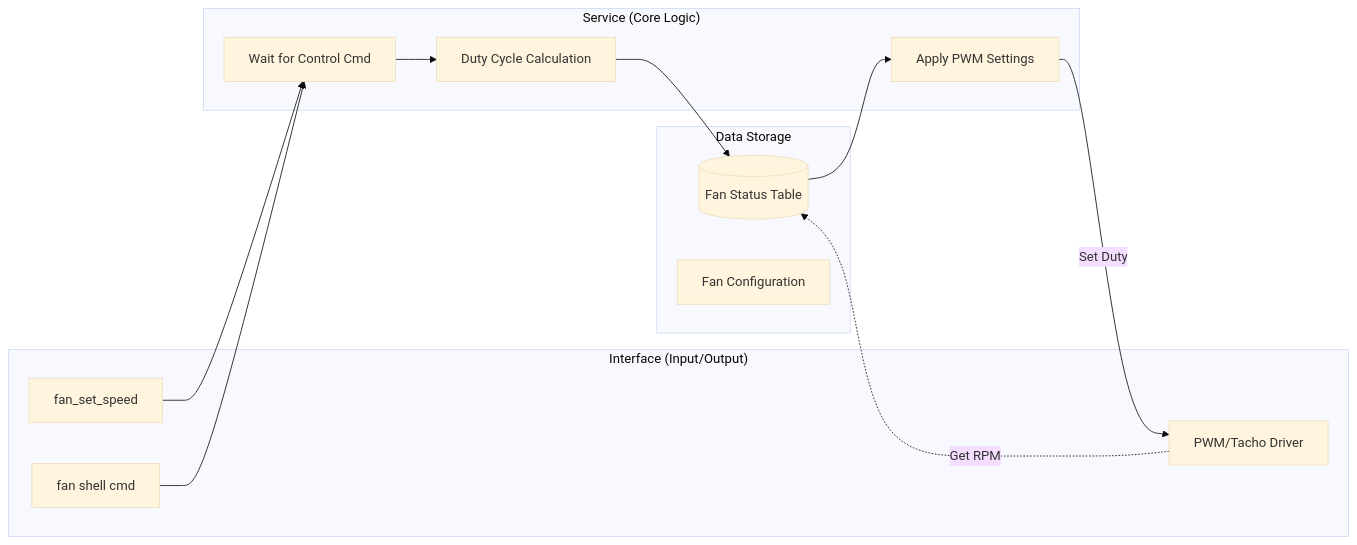
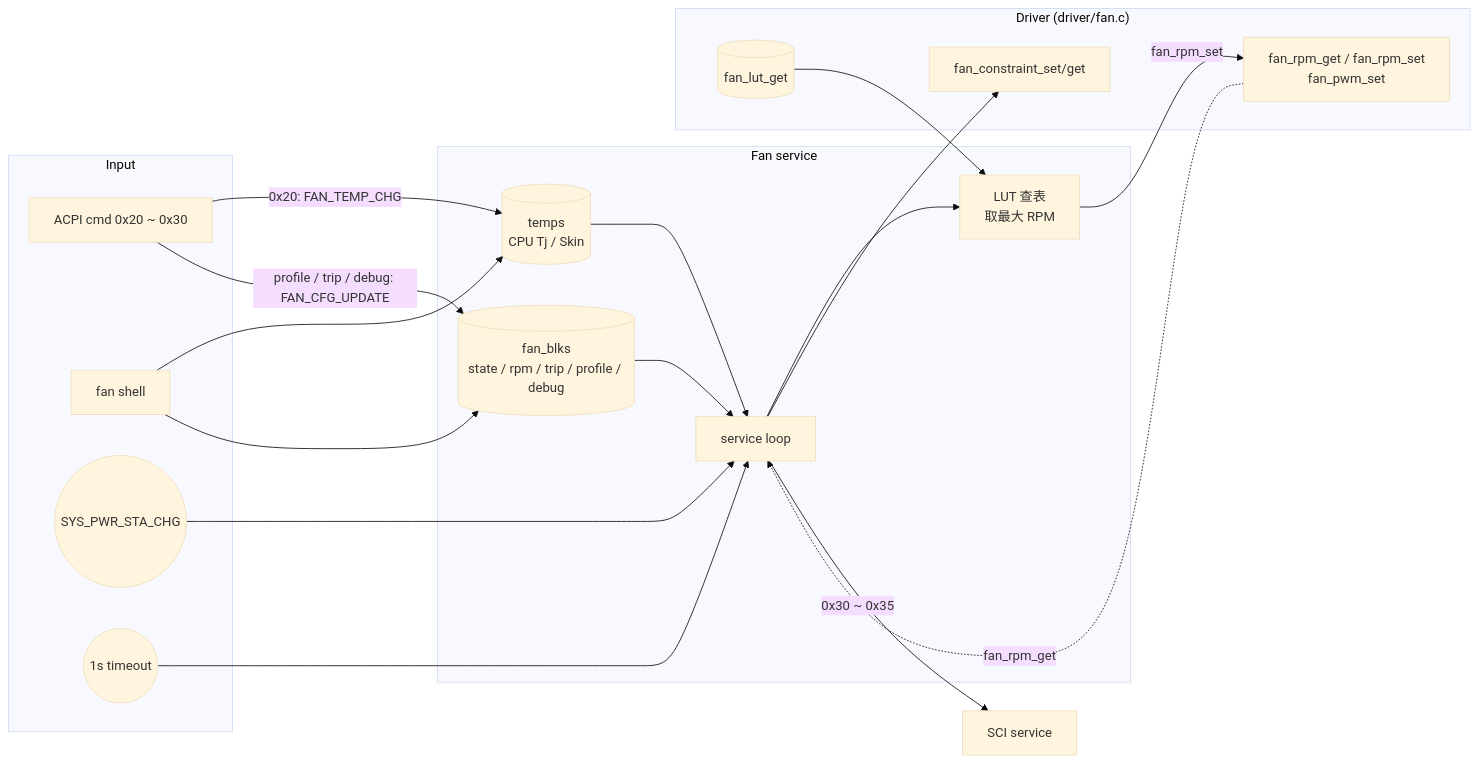
One commit to MCHP-Andy/ec_qualcomm changed the diagram in service/fan/readme.md. Above: the diagram before and after it, drawn with Mermaid (base theme). The commit also changed other lines of this file and 13 other files, not shown here.

````diff
--- a/service/fan/readme.md
+++ b/service/fan/readme.md
@@ -4,32 +16,39 @@
 ```mermaid
 graph LR
-    subgraph "Service (Core Logic)"
-        Wait[Wait for Control Cmd]
-        Calc[Duty Cycle Calculation]
-        Apply[Apply PWM Settings]
+    subgraph "Input"
+        ACPI[ACPI cmd 0x20 ~ 0x30]
+        SHELL[fan shell]
+        PWR((SYS_PWR_STA_CHG))
+        TMR((1s timeout))
     end
 
-    subgraph "Data Storage"
-        Status[(Fan Status Table)]
-        Config[Fan Configuration]
+    subgraph "Fan service"
+        TEMP[(temps<br/>CPU Tj / Skin)]
+        BLK[(fan_blks<br/>state / rpm / trip / profile / debug)]
+        LOOP[service loop]
+        LUT[LUT 查表<br/>取最大 RPM]
     end
 
-    subgraph "Interface (Input/Output)"
-        IN[fan_set_speed]
-        SHELL[fan shell cmd]
-        DRV[PWM/Tacho Driver]
+    subgraph "Driver (driver/fan.c)"
+        DRV[fan_rpm_get / fan_rpm_set<br/>fan_pwm_set]
+        CON[fan_constraint_set/get]
+        TBL[(fan_lut_get)]
     end
 
-    %% Control Flow
-    IN --> Wait
-    SHELL --> Wait
-    Wait --> Calc
-    
-    %% Data Flow
-    Calc --> Status
-    Status --> Apply
-    
-    %% Hardware Interaction
-    Apply -->|Set Duty| DRV
-    DRV -.->|Get RPM| Status
+    SCI[SCI service]
+
+    ACPI -->|0x20: FAN_TEMP_CHG| TEMP
+    ACPI -->|profile / trip / debug: FAN_CFG_UPDATE| BLK
+    SHELL --> TEMP
+    SHELL --> BLK
+    TEMP --> LOOP
+    PWR --> LOOP
+    TMR --> LOOP
+    BLK --> LOOP
+    TBL --> LUT
+    LOOP --> LUT
+    LUT -->|fan_rpm_set| DRV
+    DRV -.->|fan_rpm_get| LOOP
+    LOOP --> CON
+    LOOP -->|0x30 ~ 0x35| SCI
 ```
````
